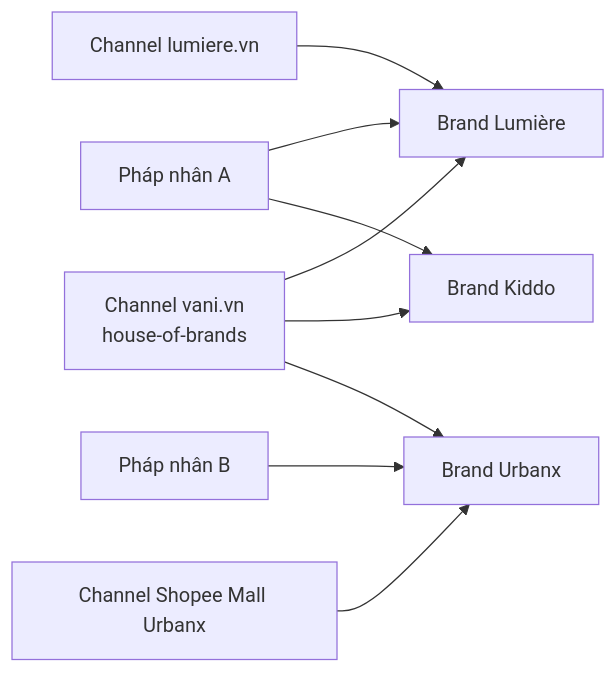
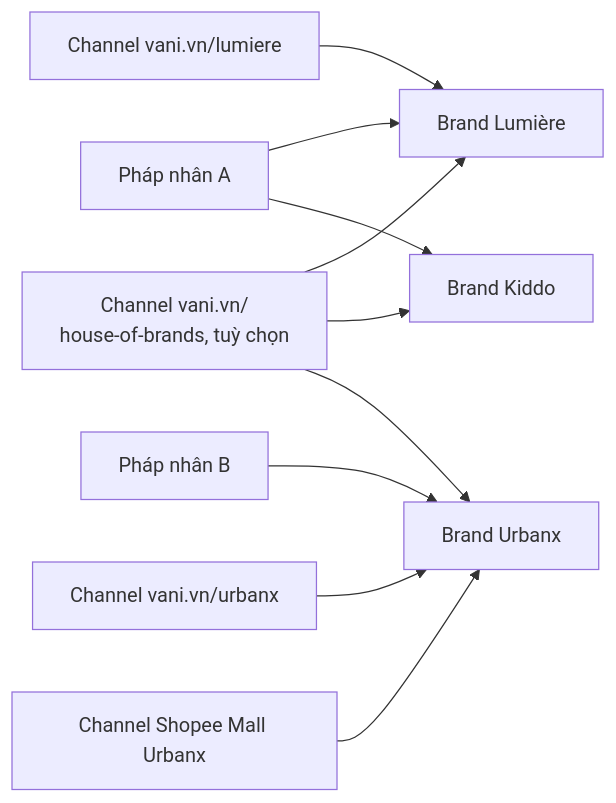
One commit to ptdat97/vanishop changed the diagram in docs/12-multi-brand/multi-brand.md. Above: the diagram before and after it, drawn with Mermaid. The commit also changed other lines of this file and 371 other files, not shown here.

````diff
--- a/docs/12-multi-brand/multi-brand.md
+++ b/docs/12-multi-brand/multi-brand.md
@@ -23,8 +23,9 @@
 ```mermaid
 flowchart LR
     LE1[Pháp nhân A] --> BA[Brand Lumière] & BB[Brand Kiddo]
     LE2[Pháp nhân B] --> BC[Brand Urbanx]
-    C1[Channel lumiere.vn] --> BA
-    C2[Channel vani.vn<br/>house-of-brands] --> BA & BB & BC
+    C1[Channel vani.vn/lumiere] --> BA
+    C4[Channel vani.vn/urbanx] --> BC
+    C2[Channel vani.vn/<br/>house-of-brands, tuỳ chọn] --> BA & BB & BC
     C3[Channel Shopee Mall Urbanx] --> BC
 ```
````
